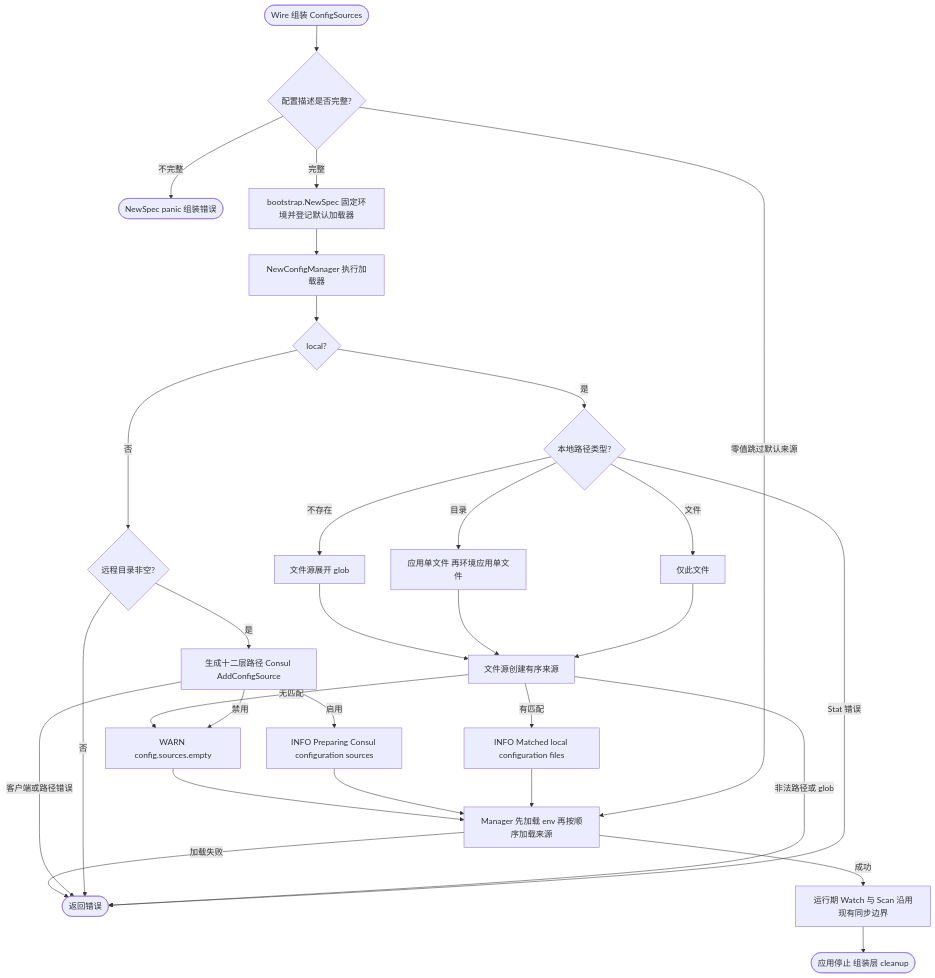
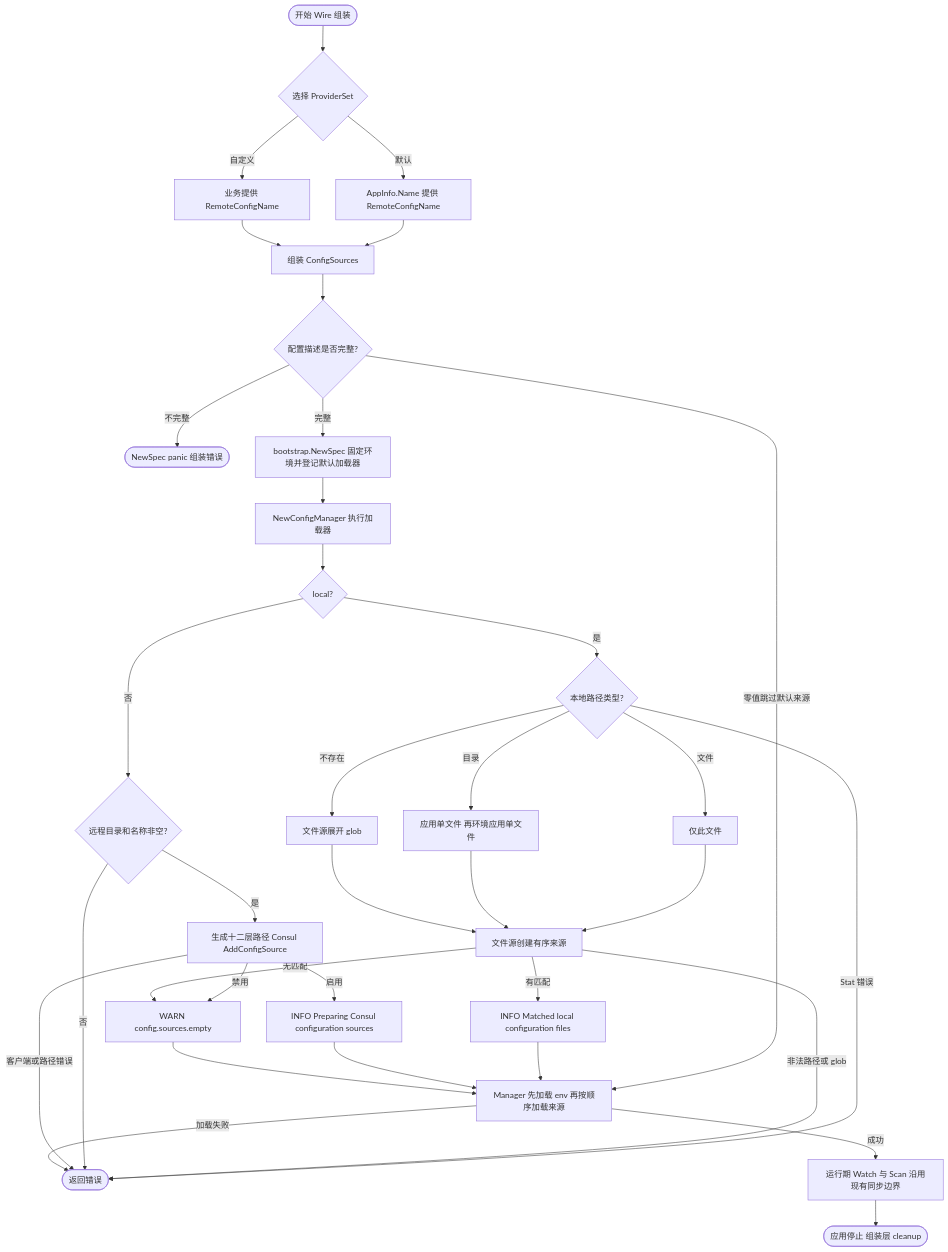
The diagram in contrib/bootstrap/consulconfig/README.md (jaggerzhuang1994/kratos-foundation), drawn with Mermaid before and after one commit. The commit also changed other lines of this file and 19 other files, not shown here.

````diff
--- a/contrib/bootstrap/consulconfig/README.md
+++ b/contrib/bootstrap/consulconfig/README.md
@@ -90,28 +111,32 @@
 ```mermaid
 flowchart TD
-    A([Wire 组装 ConfigSources]) --> B{配置描述是否完整?}
+    A([开始 Wire 组装]) --> A1{选择 ProviderSet}
+    A1 -- 默认 --> A2[AppInfo.Name 提供 RemoteConfigName]
+    A1 -- 自定义 --> A3[业务提供 RemoteConfigName]
+    A2 & A3 --> A4[组装 ConfigSources]
+    A4 --> B{配置描述是否完整?}
     B -- 零值跳过默认来源 --> L
     B -- 不完整 --> P([NewSpec panic 组装错误])
     B -- 完整 --> B1[bootstrap.NewSpec 固定环境并登记默认加载器]
     B1 --> C[NewConfigManager 执行加载器]
     C --> D{local?}
     D -- 是 --> E{本地路径类型?}
     E -- 文件 --> F[仅此文件]
     E -- 目录 --> G[应用单文件 再环境应用单文件]
     E -- 不存在 --> H[文件源展开 glob]
     E -- Stat 错误 --> X([返回错误])
     F & G & H --> I[文件源创建有序来源]
     I -- 非法路径或 glob --> X
     I -- 有匹配 --> IL[INFO Matched local configuration files]
-    D -- 否 --> J{远程目录非空?}
+    D -- 否 --> J{远程目录和名称非空?}
     J -- 否 --> X
     J -- 是 --> K[生成十二层路径 Consul AddConfigSource]
     K -- 客户端或路径错误 --> X
     K -- 启用 --> KL[INFO Preparing Consul configuration sources]
     K -- 禁用 --> W[WARN config.sources.empty]
     I -- 无匹配 --> W
     IL & KL & W --> L[Manager 先加载 env 再按顺序加载来源]
     L -- 加载失败 --> X
     L -- 成功 --> M[运行期 Watch 与 Scan 沿用现有同步边界]
     M --> N([应用停止 组装层 cleanup])
 ```
````
